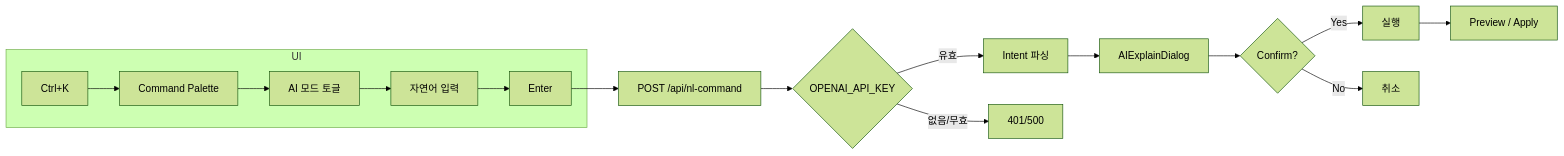
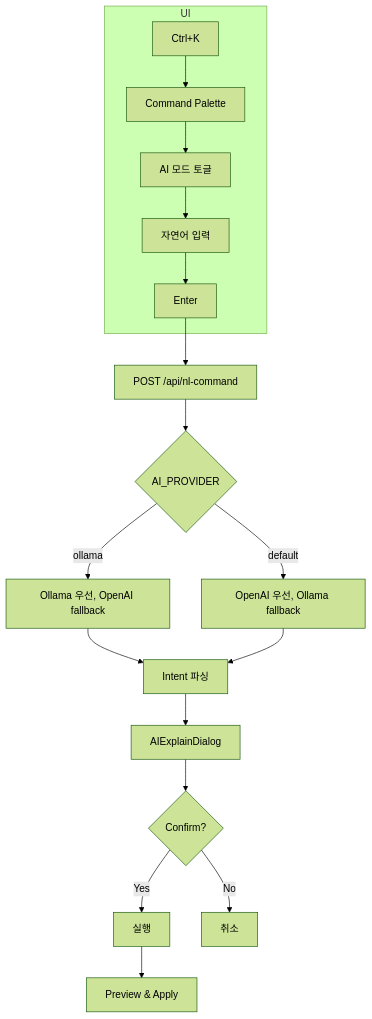
Before and after one commit to macho715/tr_dash: the second of 3 diagrams in README.md, drawn with Mermaid (forest theme). The commit also changed other lines of this file and 25 other files, not shown here.

First line of the commit message:
docs(ARCH): AI flowchart, Mermaid fixes, LAYOUT/SYSTEM_ARCHITECTURE verification

````diff
--- a/README.md
+++ b/README.md
@@ -202,18 +233,20 @@
 ```mermaid
-flowchart LR
-  subgraph UI
-    A[Ctrl+K] --> B[Command Palette]
-    B --> C[AI 모드 토글]
-    C --> D[자연어 입력]
-    D --> E[Enter]
+flowchart TD
+  subgraph UI ["UI"]
+    A["Ctrl+K"] --> B["Command Palette"]
+    B --> C["AI 모드 토글"]
+    C --> D["자연어 입력"]
+    D --> E["Enter"]
   end
-  E --> F[POST /api/nl-command]
-  F --> G{OPENAI_API_KEY}
-  G -->|유효| H[Intent 파싱]
-  G -->|없음/무효| I[401/500]
-  H --> J[AIExplainDialog]
-  J --> K{Confirm?}
-  K -->|Yes| L[실행]
-  K -->|No| M[취소]
-  L --> N[Preview / Apply]
+  E --> F["POST /api/nl-command"]
+  F --> G{"AI_PROVIDER"}
+  G -->|ollama| H["Ollama 우선, OpenAI fallback"]
+  G -->|default| I["OpenAI 우선, Ollama fallback"]
+  H --> L["Intent 파싱"]
+  I --> L
+  L --> M["AIExplainDialog"]
+  M --> N{"Confirm?"}
+  N -->|Yes| O["실행"]
+  N -->|No| P["취소"]
+  O --> Q["Preview & Apply"]
 ```
````
